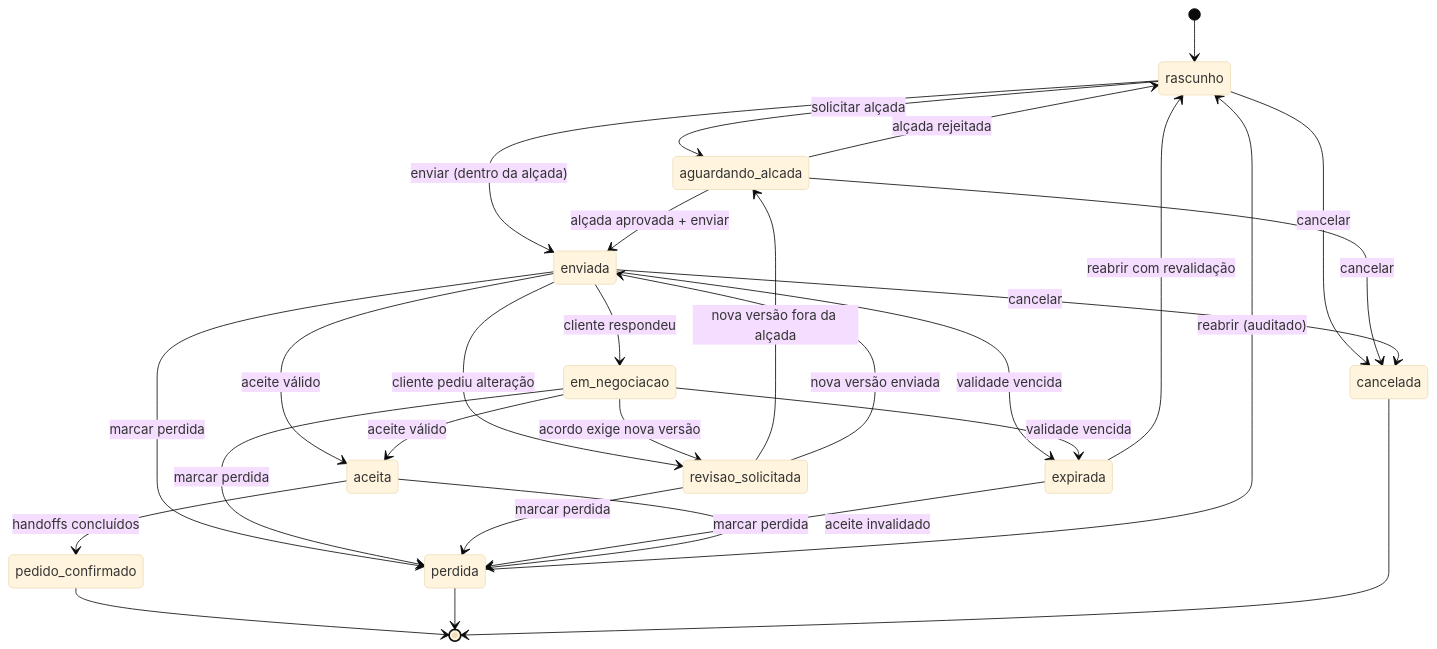
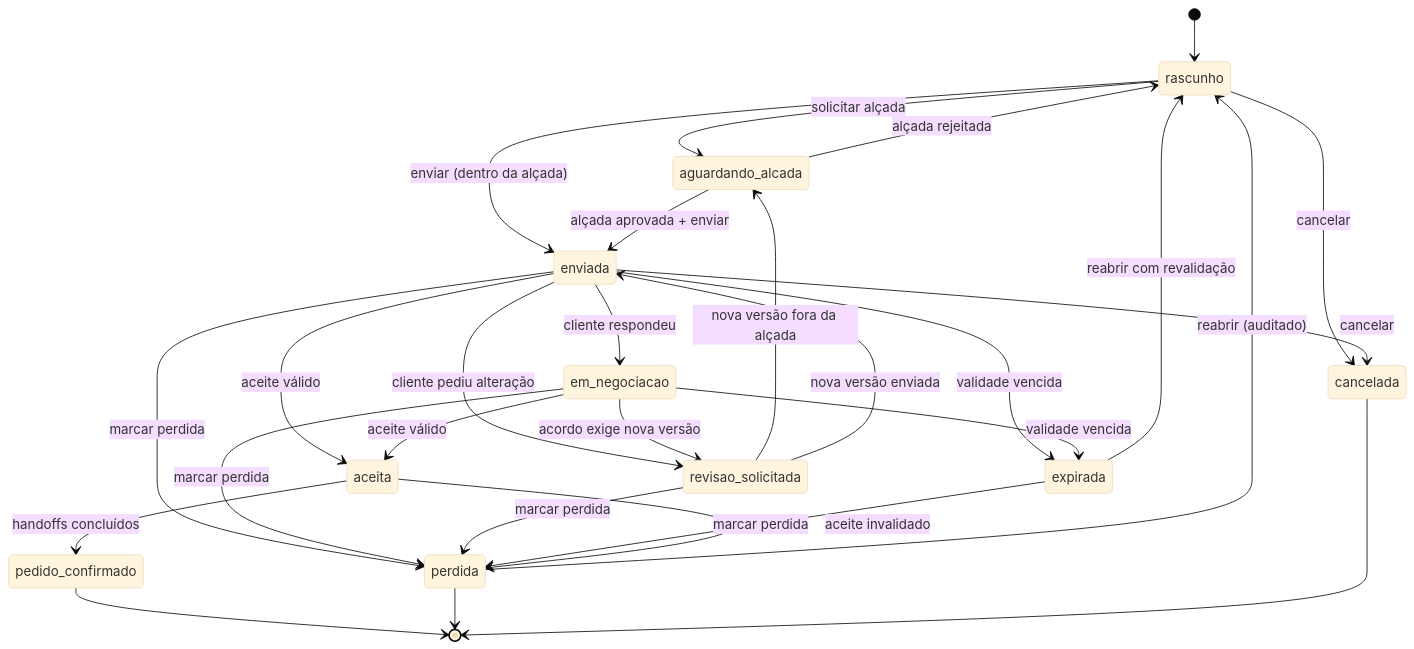
Before and after one commit to cadueduardo/comunikapp: the diagram in docs/modulo-vendas/fase-0/04-maquina-de-estados-comercial.md, drawn with Mermaid (base theme). The commit also changed 8 other files, not shown here.

````diff
--- a/docs/modulo-vendas/fase-0/04-maquina-de-estados-comercial.md
+++ b/docs/modulo-vendas/fase-0/04-maquina-de-estados-comercial.md
@@ -66,40 +66,38 @@
 ```mermaid
 stateDiagram-v2
     [*] --> rascunho
 
     rascunho --> aguardando_alcada: solicitar alçada
     rascunho --> enviada: enviar (dentro da alçada)
     rascunho --> cancelada: cancelar
 
     aguardando_alcada --> enviada: alçada aprovada + enviar
     aguardando_alcada --> rascunho: alçada rejeitada
-    aguardando_alcada --> cancelada: cancelar
-
     enviada --> em_negociacao: cliente respondeu
     enviada --> revisao_solicitada: cliente pediu alteração
     enviada --> aceita: aceite válido
     enviada --> expirada: validade vencida
     enviada --> perdida: marcar perdida
     enviada --> cancelada: cancelar
 
     em_negociacao --> revisao_solicitada: acordo exige nova versão
     em_negociacao --> aceita: aceite válido
     em_negociacao --> expirada: validade vencida
     em_negociacao --> perdida: marcar perdida
 
     revisao_solicitada --> aguardando_alcada: nova versão fora da alçada
     revisao_solicitada --> enviada: nova versão enviada
     revisao_solicitada --> perdida: marcar perdida
 
     expirada --> rascunho: reabrir com revalidação
     expirada --> perdida: marcar perdida
 
     aceita --> pedido_confirmado: handoffs concluídos
     aceita --> perdida: aceite invalidado
 
     perdida --> rascunho: reabrir (auditado)
 
     pedido_confirmado --> [*]
     perdida --> [*]
     cancelada --> [*]
 ```
````
